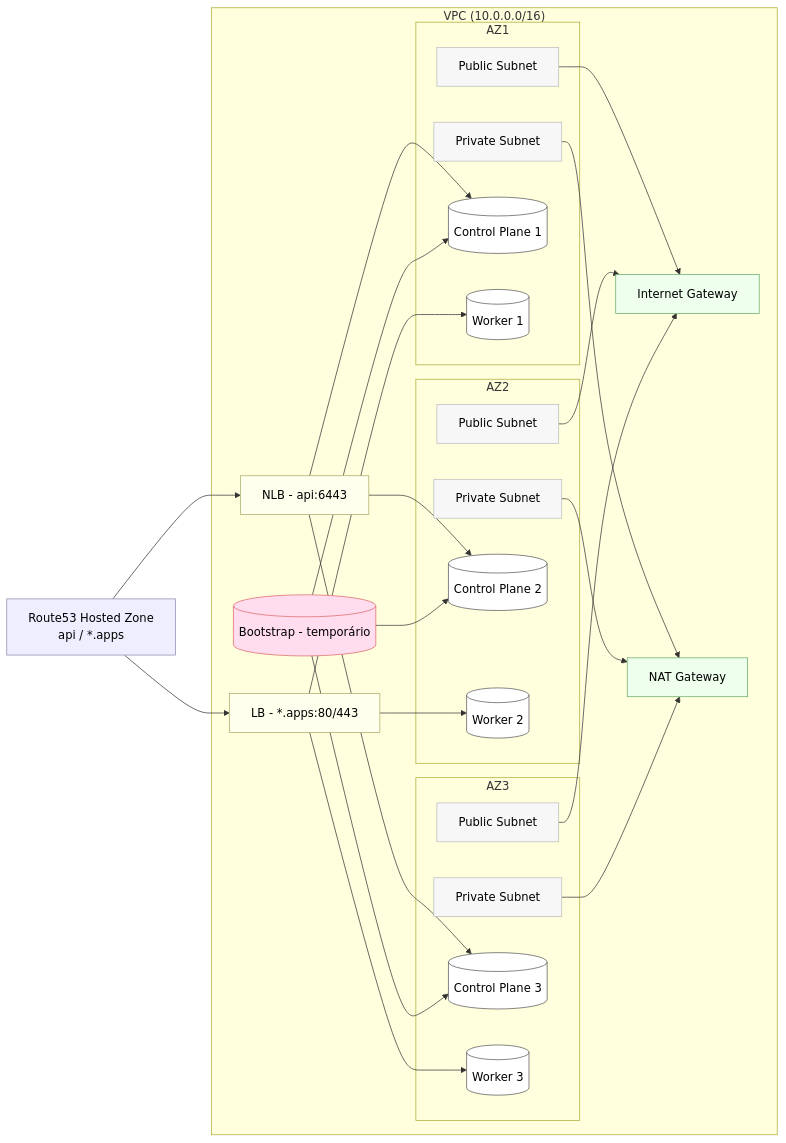
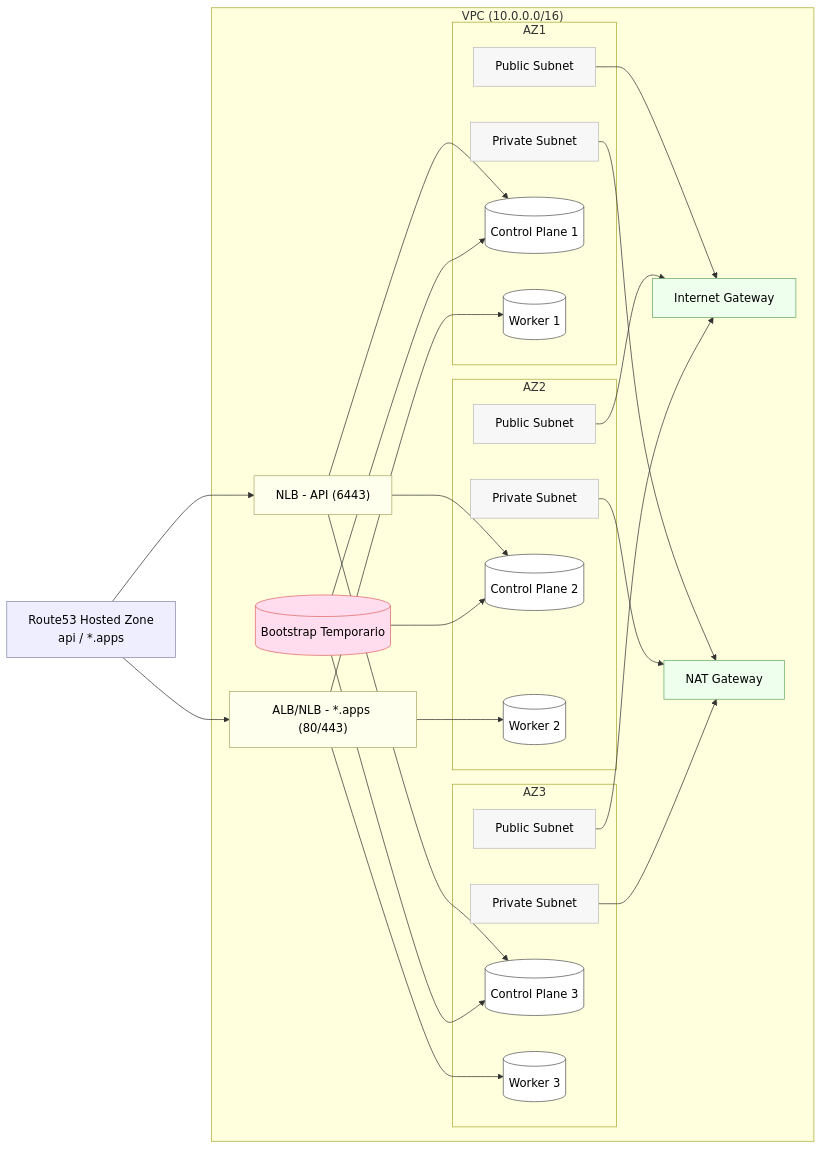
The second of 3 diagrams in README.md (mbenedicto99/OKD_SNO_MNG), drawn with Mermaid before and after one commit. The commit also changed other lines of this file and 5 other files, not shown here.

````diff
--- a/README.md
+++ b/README.md
@@ -111,68 +85,64 @@
 ```mermaid
 flowchart LR
-  R53[Route53 Hosted Zone<br/>api / *.apps]:::dns
+  R53["Route53 Hosted Zone<br/>api / *.apps"]:::dns
 
   subgraph AWS["VPC (10.0.0.0/16)"]
     IGW["Internet Gateway"]:::net
     NAT["NAT Gateway"]:::net
 
     subgraph AZ1["AZ1"]
       PUB1["Public Subnet"]:::sub
       PRIV1["Private Subnet"]:::sub
       M1[(Control Plane 1)]:::node
       W1[(Worker 1)]:::node
     end
 
-    subgraph AZ2["AZ2"]
-      PUB2["Public Subnet"]:::sub
-      PRIV2["Private Subnet"]:::sub
+    subgraph AZ2[AZ2]
+      PUB2[Public Subnet]:::sub
+      PRIV2[Private Subnet]:::sub
       M2[(Control Plane 2)]:::node
       W2[(Worker 2)]:::node
     end
 
-    subgraph AZ3["AZ3"]
-      PUB3["Public Subnet"]:::sub
-      PRIV3["Private Subnet"]:::sub
+    subgraph AZ3[AZ3]
+      PUB3[Public Subnet]:::sub
+      PRIV3[Private Subnet]:::sub
       M3[(Control Plane 3)]:::node
       W3[(Worker 3)]:::node
     end
 
-    NLBAPI["NLB - api:6443"]:::lb
-    NLBAPPS["LB - *.apps:80/443"]:::lb
-    BOOT[(Bootstrap - temporário)]:::boot
+    BOOT[(Bootstrap Temporario)]:::boot
+    NLBAPI["NLB - API (6443)"]:::lb
+    ALBAPPS["ALB/NLB - *.apps (80/443)"]:::lb
   end
 
-  %% DNS → LBs
   R53 --> NLBAPI
-  R53 --> NLBAPPS
+  R53 --> ALBAPPS
 
-  %% LBs → nós
   NLBAPI --> M1
   NLBAPI --> M2
   NLBAPI --> M3
 
-  NLBAPPS --> W1
-  NLBAPPS --> W2
-  NLBAPPS --> W3
+  ALBAPPS --> W1
+  ALBAPPS --> W2
+  ALBAPPS --> W3
 
-  %% Bootstrap ajuda a formar o controle
   BOOT --> M1
   BOOT --> M2
   BOOT --> M3
 
-  %% Rotas de internet
   PUB1 --> IGW
   PUB2 --> IGW
   PUB3 --> IGW
-
   PRIV1 --> NAT
   PRIV2 --> NAT
   PRIV3 --> NAT
 
   classDef dns fill:#eef,stroke:#88a,color:#000;
   classDef net fill:#efe,stroke:#6a6,color:#000;
   classDef sub fill:#f7f7f7,stroke:#bbb,color:#000;
   classDef node fill:#fff,stroke:#555,color:#000;
   classDef lb fill:#ffe,stroke:#aa6,color:#000;
   classDef boot fill:#fde,stroke:#d66,color:#000;
+
 ```
````
